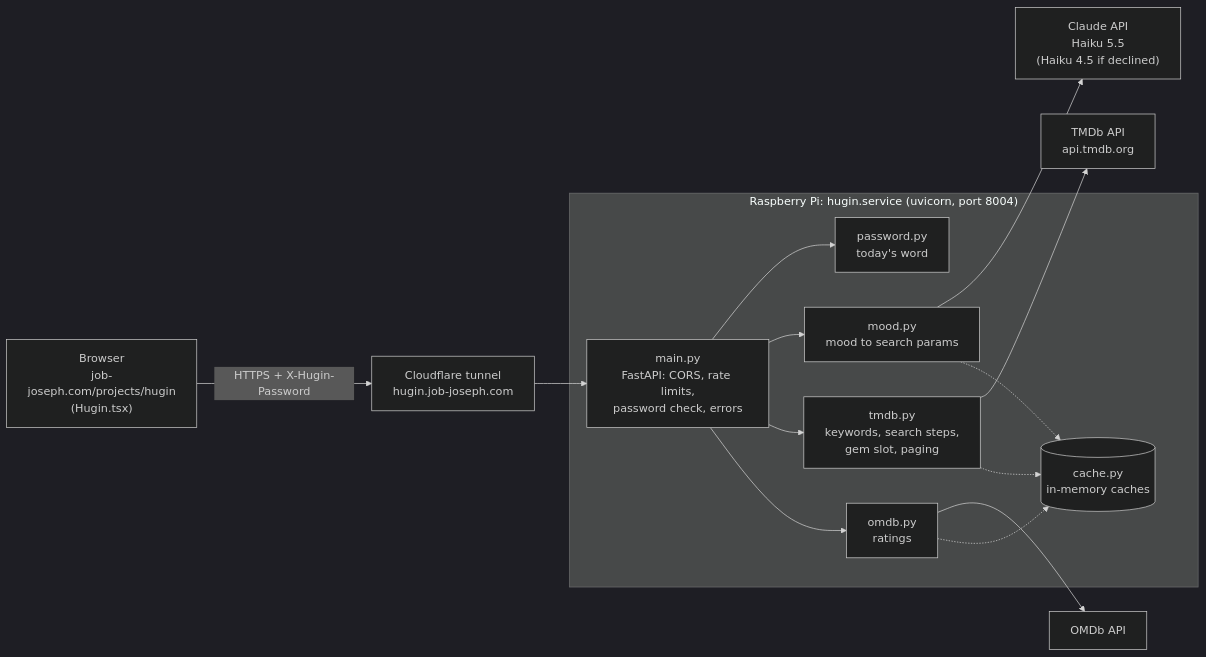
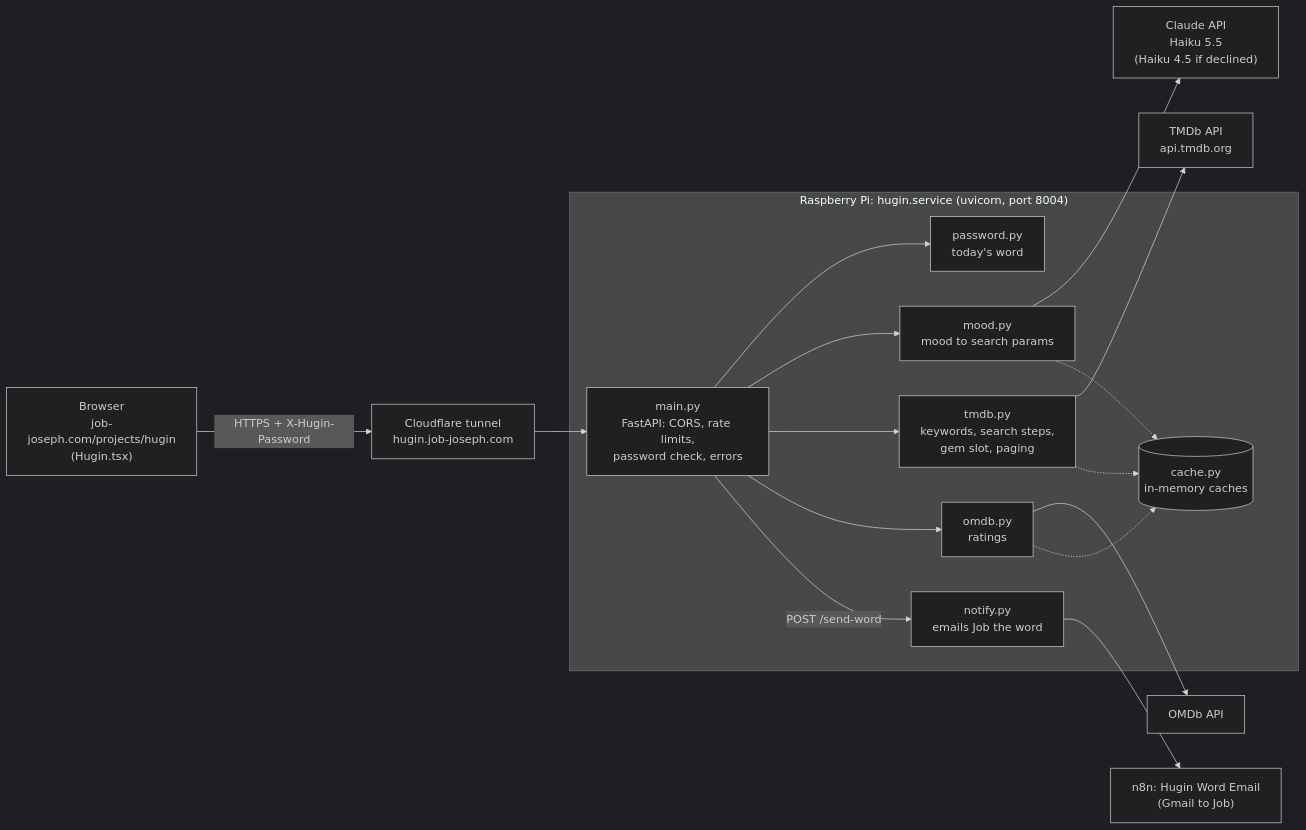
One commit to Jcube101/hugin changed the diagram in SPEC.md. Above: the diagram before and after it, drawn with Mermaid (dark theme). The commit also changed other lines of this file and 10 other files, not shown here.

First line of the commit message:
The raven: tap the Hugin icon 3 times to get today's word by email

````diff
--- a/SPEC.md
+++ b/SPEC.md
@@ -18,28 +18,31 @@
 ```mermaid
 flowchart LR
     U["Browser<br/>job-joseph.com/projects/hugin<br/>(Hugin.tsx)"]
     CF["Cloudflare tunnel<br/>hugin.job-joseph.com"]
 
     subgraph PI["Raspberry Pi: hugin.service (uvicorn, port 8004)"]
         API["main.py<br/>FastAPI: CORS, rate limits,<br/>password check, errors"]
         PW["password.py<br/>today's word"]
         MOOD["mood.py<br/>mood to search params"]
         TMDB["tmdb.py<br/>keywords, search steps,<br/>gem slot, paging"]
         OMDB["omdb.py<br/>ratings"]
         CACHE[("cache.py<br/>in-memory caches")]
+        NOTIFY["notify.py<br/>emails Job the word"]
     end
 
     CLAUDE["Claude API<br/>Haiku 5.5<br/>(Haiku 4.5 if declined)"]
     TMDBAPI["TMDb API<br/>api.tmdb.org"]
     OMDBAPI["OMDb API"]
+    N8N["n8n: Hugin Word Email<br/>(Gmail to Job)"]
 
     U -- "HTTPS + X-Hugin-Password" --> CF
     CF --> API
     API --> PW
     API --> MOOD --> CLAUDE
     API --> TMDB --> TMDBAPI
     API --> OMDB --> OMDBAPI
+    API -- "POST /send-word" --> NOTIFY --> N8N
     MOOD -.-> CACHE
     TMDB -.-> CACHE
     OMDB -.-> CACHE
 ```
````
